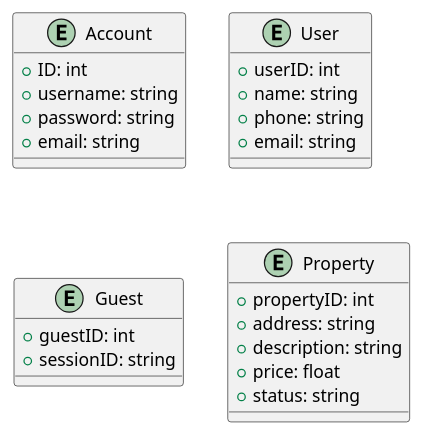
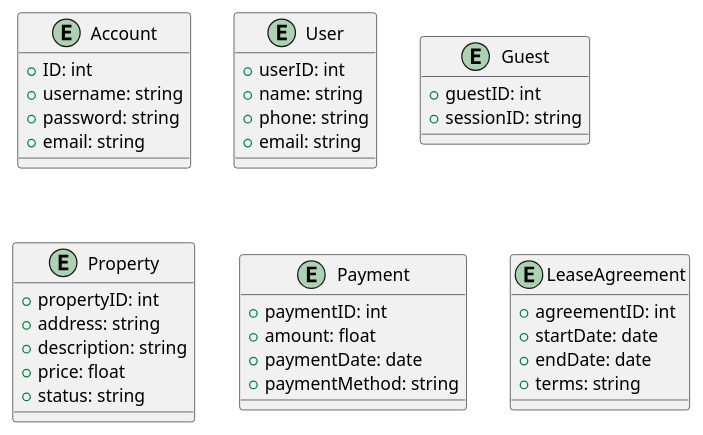
Before and after one commit to penamarth/bsbo-01-22_team4_var8: the diagram in Domain_model.md, drawn with PlantUML.

Commit message:
Add Payment and LeaseAgreement classes

````diff
--- a/Domain_model.md
+++ b/Domain_model.md
@@ -1,31 +1,45 @@
 ```plantuml
 @startuml
 entity Account {
     +ID: int
     +username: string
     +password: string
     +email: string
 }
 
 entity User {
     +userID: int
     +name: string
     +phone: string
     +email: string
 }
 
 entity Guest {
     +guestID: int
     +sessionID: string
 }
 
 entity Property {
     +propertyID: int
     +address: string
     +description: string
     +price: float
     +status: string
 }
 
+entity Payment {
+    +paymentID: int
+    +amount: float
+    +paymentDate: date
+    +paymentMethod: string
+}
+
+entity LeaseAgreement {
+    +agreementID: int
+    +startDate: date
+    +endDate: date
+    +terms: string
+}
+
 @enduml
 ```
````
